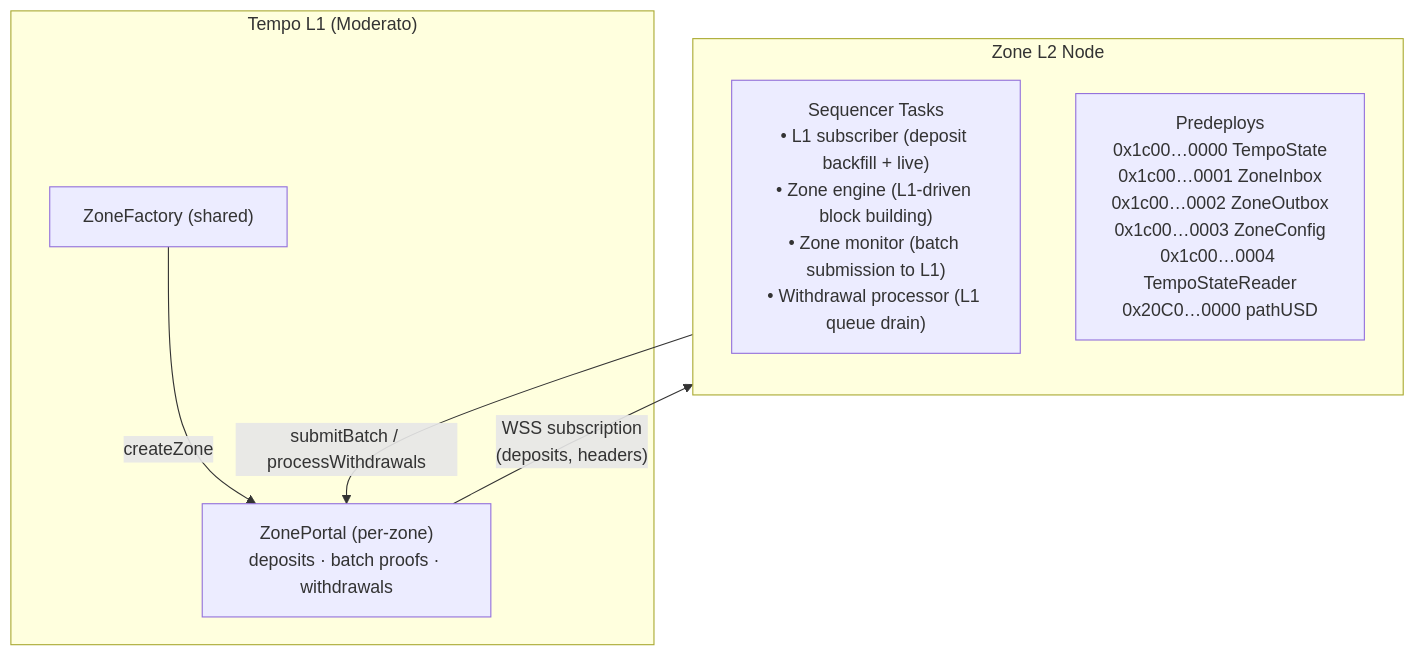
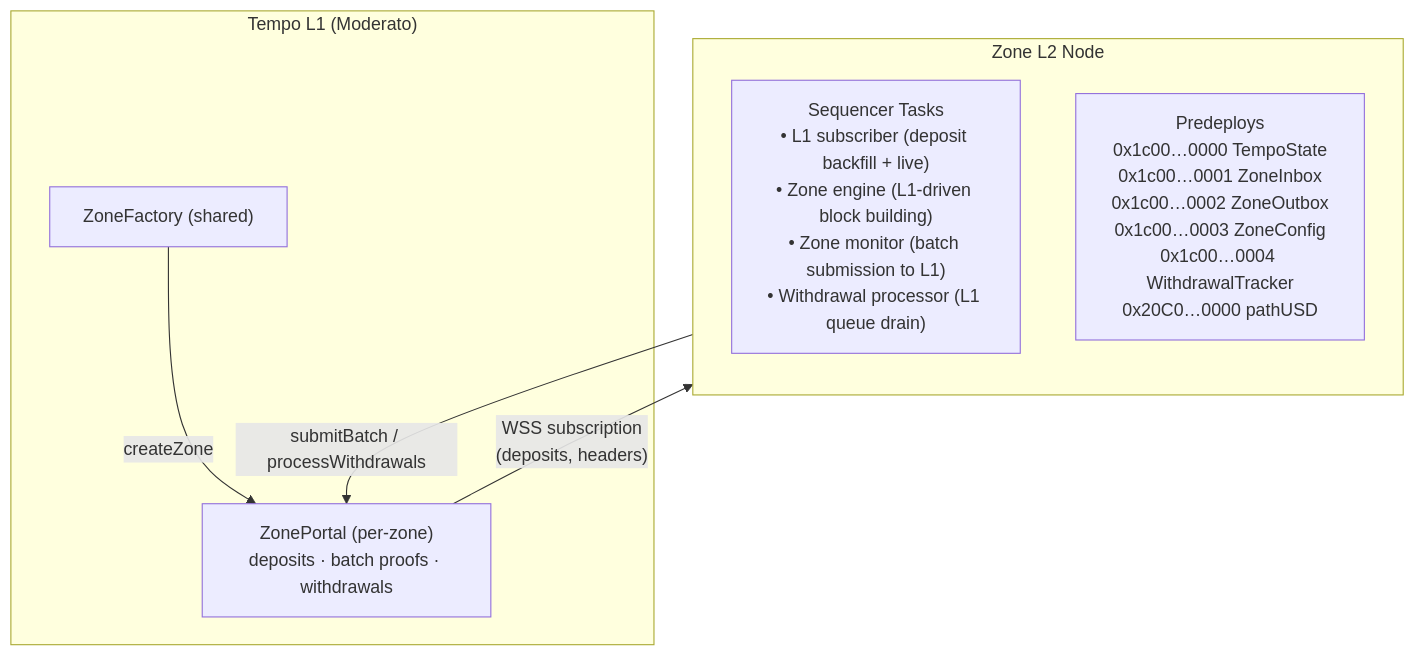
One commit to Dustin4444/zones changed the diagram in docs/ZONES.md. Above: the diagram before and after it, drawn with Mermaid. The commit also changed other lines of this file and 29 other files, not shown here.

````diff
--- a/docs/ZONES.md
+++ b/docs/ZONES.md
@@ -509,17 +509,17 @@
 ```mermaid
 graph TB
     subgraph L1["Tempo L1 (Moderato)"]
         Factory["ZoneFactory (shared)"]
         Portal["ZonePortal (per-zone)<br/>deposits · batch proofs · withdrawals"]
         Factory -->|createZone| Portal
     end
 
     subgraph L2["Zone L2 Node"]
         direction TB
         Tasks["Sequencer Tasks<br/>• L1 subscriber (deposit backfill + live)<br/>• Zone engine (L1-driven block building)<br/>• Zone monitor (batch submission to L1)<br/>• Withdrawal processor (L1 queue drain)"]
-        Predeploys["Predeploys<br/>0x1c00…0000 TempoState<br/>0x1c00…0001 ZoneInbox<br/>0x1c00…0002 ZoneOutbox<br/>0x1c00…0003 ZoneConfig<br/>0x1c00…0004 TempoStateReader<br/>0x20C0…0000 pathUSD"]
+        Predeploys["Predeploys<br/>0x1c00…0000 TempoState<br/>0x1c00…0001 ZoneInbox<br/>0x1c00…0002 ZoneOutbox<br/>0x1c00…0003 ZoneConfig<br/>0x1c00…0004 WithdrawalTracker<br/>0x20C0…0000 pathUSD"]
     end
 
     Portal -- "WSS subscription<br/>(deposits, headers)" --> Tasks
     Tasks -- "submitBatch / processWithdrawals" --> Portal
 ```
````
